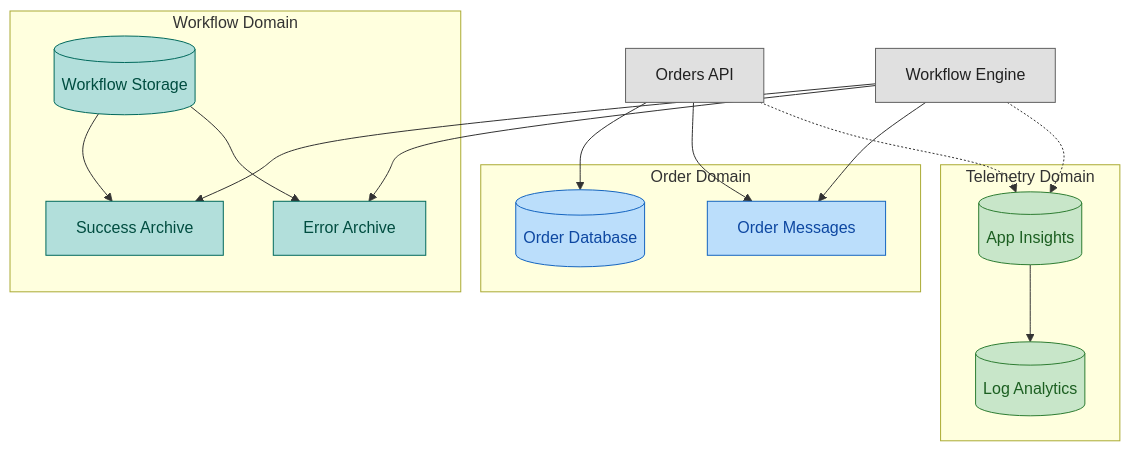
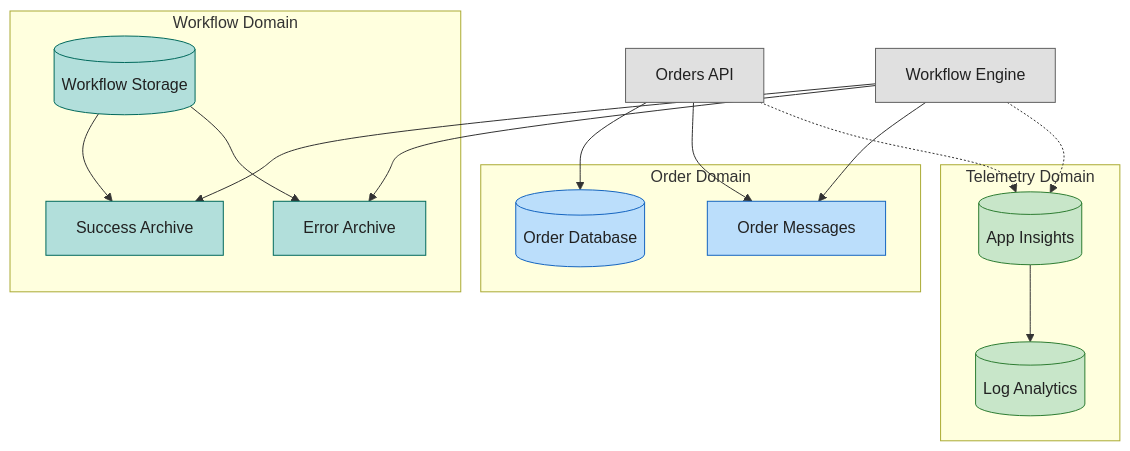
The first of 5 diagrams in docs/architecture/02-data-architecture.md (Evilazaro/Azure-LogicApps-Monitoring), drawn with Mermaid before and after one commit. The commit also changed other lines of this file and 2 other files, not shown here.

Commit message:
Refactor architecture diagrams for consistent color scheme and improved readability

````diff
--- a/docs/architecture/02-data-architecture.md
+++ b/docs/architecture/02-data-architecture.md
@@ -63,40 +63,40 @@
 ```mermaid
 flowchart TB
     subgraph OrderDomain["Order Domain"]
         ODB[(Order Database)]
         OMQ[Order Messages]
     end
 
     subgraph WorkflowDomain["Workflow Domain"]
         WFS[(Workflow Storage)]
         WSS[Success Archive]
         WES[Error Archive]
     end
 
     subgraph TelemetryDomain["Telemetry Domain"]
         LAW[(Log Analytics)]
         AIS[(App Insights)]
     end
 
     API[Orders API] --> ODB
     API --> OMQ
     WF[Workflow Engine] --> OMQ
     WF --> WSS
     WF --> WES
     WFS --> WSS
     WFS --> WES
 
     API -.-> AIS
     WF -.-> AIS
     AIS --> LAW
 
-    classDef core fill:#BBDEFB,stroke:#1565C0,color:#0D47A1
-    classDef workflow fill:#B2DFDB,stroke:#00695C,color:#004D40
-    classDef telemetry fill:#C8E6C9,stroke:#2E7D32,color:#1B5E20
-    classDef service fill:#E0E0E0,stroke:#616161,color:#212121
+    classDef core fill:#BBDEFB,stroke:#1565C0,color:#212121
+    classDef shared fill:#B2DFDB,stroke:#00695C,color:#212121
+    classDef telemetry fill:#C8E6C9,stroke:#2E7D32,color:#212121
+    classDef supporting fill:#E0E0E0,stroke:#616161,color:#212121
 
     class ODB,OMQ core
-    class WFS,WSS,WES workflow
+    class WFS,WSS,WES shared
     class LAW,AIS telemetry
-    class API,WF service
+    class API,WF supporting
 ```
````
